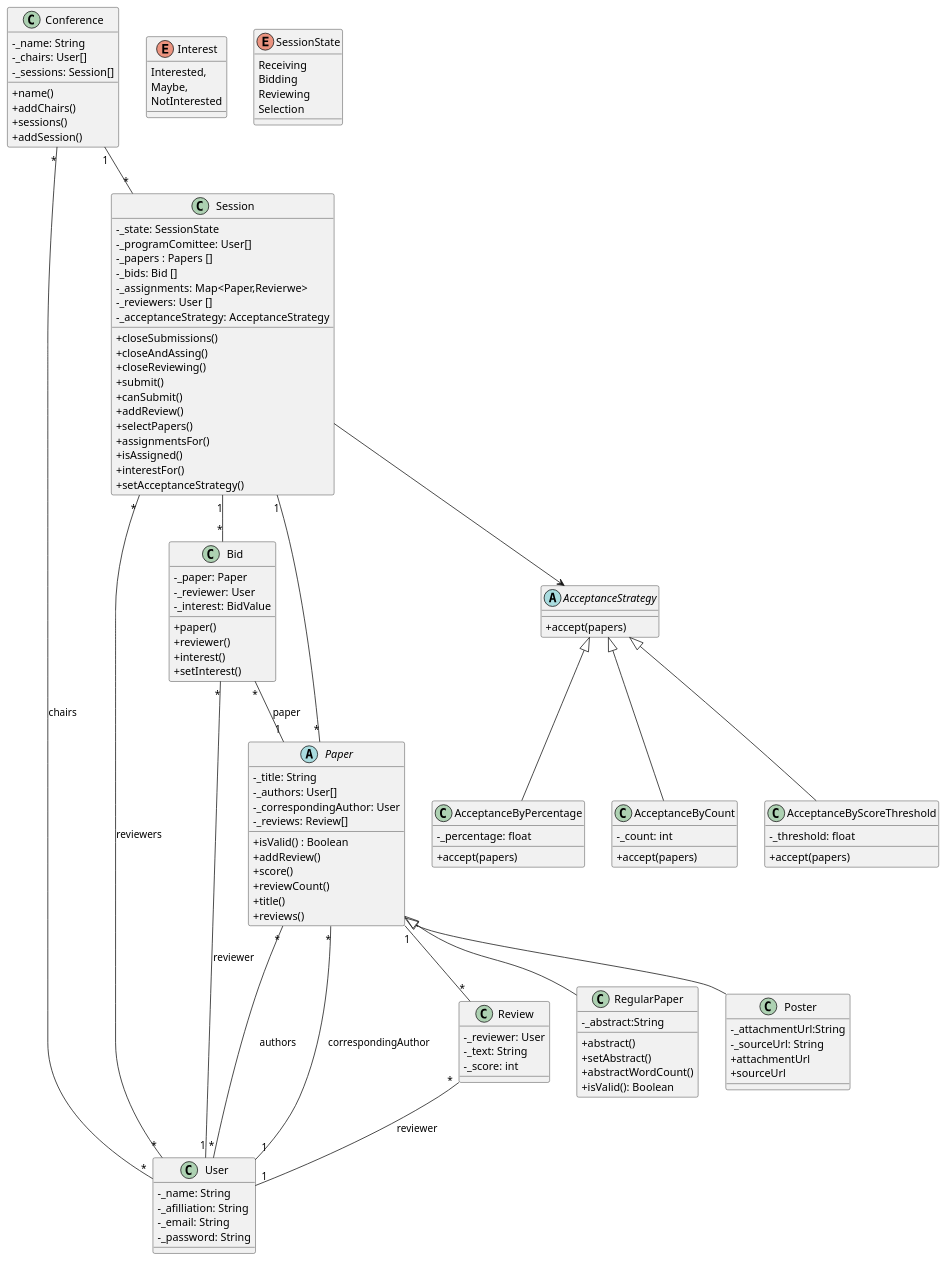
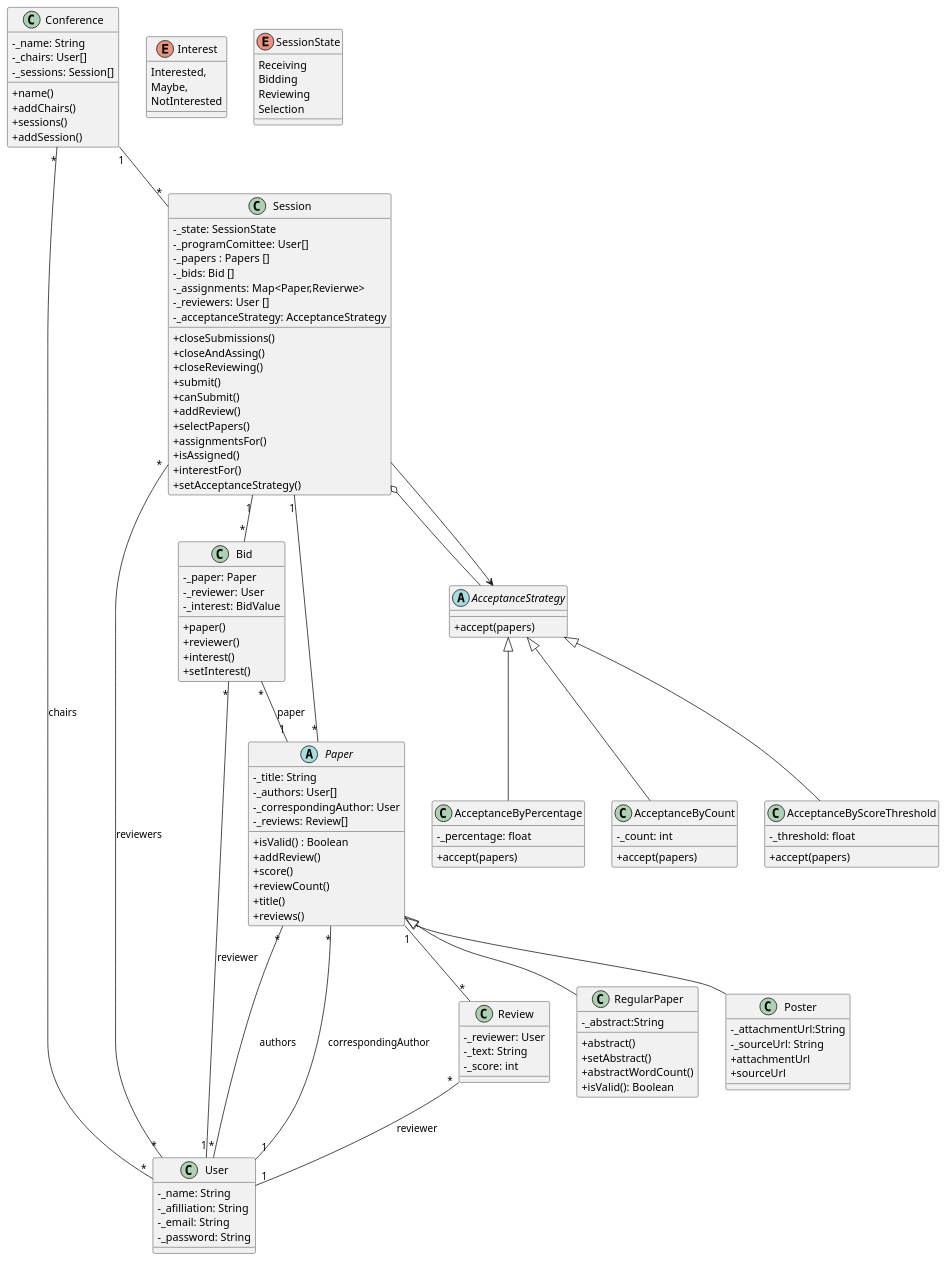
Before and after one commit to leandronunezchaco/ComfyChair-Mucci-Nu-ez: the diagram in diagrams/src.puml, drawn with PlantUML. The commit also changed 4 other files, not shown here.

Commit message:
agregado patron strategy y modificacion en session.js

```diff
--- a/diagrams/src.puml
+++ b/diagrams/src.puml
@@ -1,154 +1,155 @@
 @startuml ComfyChair
 
 skinparam ClassAttributeIconSize 0
 
 class User {
     -_name: String
     -_afilliation: String
     -_email: String
     -_password: String
 }
 
 class Conference{
     -_name: String
     -_chairs: User[]
     -_sessions: Session[]
     +name()
     +addChairs()
     +sessions()
     +addSession()
 }
 
 class Session{
     -_state: SessionState
     -_programComittee: User[]
     -_papers : Papers []
     -_bids: Bid []
     -_assignments: Map<Paper,Revierwe>
     -_reviewers: User []
     -_acceptanceStrategy: AcceptanceStrategy
 
     +closeSubmissions()
     +closeAndAssing()
     +closeReviewing()
     +submit()
     +canSubmit()
     +addReview()
     +selectPapers()
     +assignmentsFor() 
     +isAssigned()
     +interestFor()
     +setAcceptanceStrategy()
 }
 
 class Bid {
     -_paper: Paper
     -_reviewer: User
     -_interest: BidValue
     +paper()
     +reviewer()
     +interest()
     +setInterest()
 }
 
 abstract class Paper {
     -_title: String
     -_authors: User[]
     -_correspondingAuthor: User
     -_reviews: Review[]
     +isValid() : Boolean
     +addReview()
     +score()
     +reviewCount()
     +title()
     +reviews()
 }
 
 class Review{
     -_reviewer: User
     -_text: String
     -_score: int 
 }
 
 
 class RegularPaper {
     -_abstract:String
     +abstract()
     +setAbstract()
     +abstractWordCount()
     +isValid(): Boolean
 }
 
 class Poster {
     -_attachmentUrl:String
     -_sourceUrl: String
     +attachmentUrl
     +sourceUrl
     
 }
 
 
 enum Interest{
     Interested,
     Maybe,
     NotInterested
 }
 
 enum SessionState{
     Receiving
     Bidding
     Reviewing
     Selection
 }
 
 
 
 
 
 Paper <|-- RegularPaper
 Paper <|-- Poster
 
 Conference "1" -- "*" Session
 Conference "*" -- "*" User : chairs
 
 Session "1" -- "*" Paper
 Session "1" -- "*" Bid
 Session "*" -- "*" User : reviewers
+Session o-- AcceptanceStrategy
 
 Paper "*" -- "*" User : authors
 Paper "1" -- "*" Review
 Paper "*" -- "1" User : correspondingAuthor
 
 Review "*" -- "1" User : reviewer
 
 Bid "*" -- "1" User : reviewer
 Bid "*" -- "1" Paper : paper
 
 
 ' Agrego una nueva jerarquia
 abstract class AcceptanceStrategy{
     +accept(papers)
 }
 
 class AcceptanceByPercentage{
     -_percentage: float
     +accept(papers)
 }
 
 class AcceptanceByCount{
     -_count: int 
     +accept(papers)
 }
 
 class AcceptanceByScoreThreshold{
     -_threshold: float
     +accept(papers)
 }
 
 Session --> AcceptanceStrategy
 
 AcceptanceStrategy <|--AcceptanceByPercentage
 AcceptanceStrategy <|--AcceptanceByCount
 AcceptanceStrategy <|--AcceptanceByScoreThreshold
 
 @enduml
```
